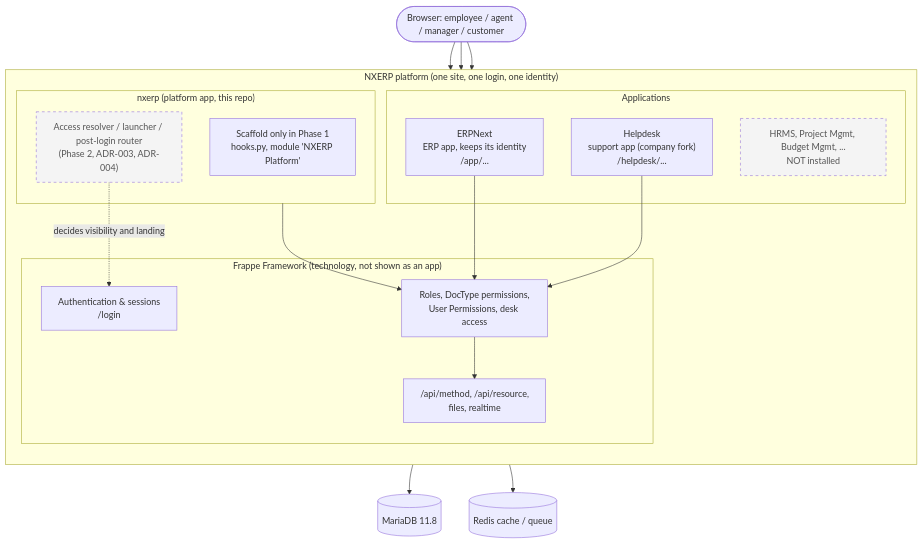
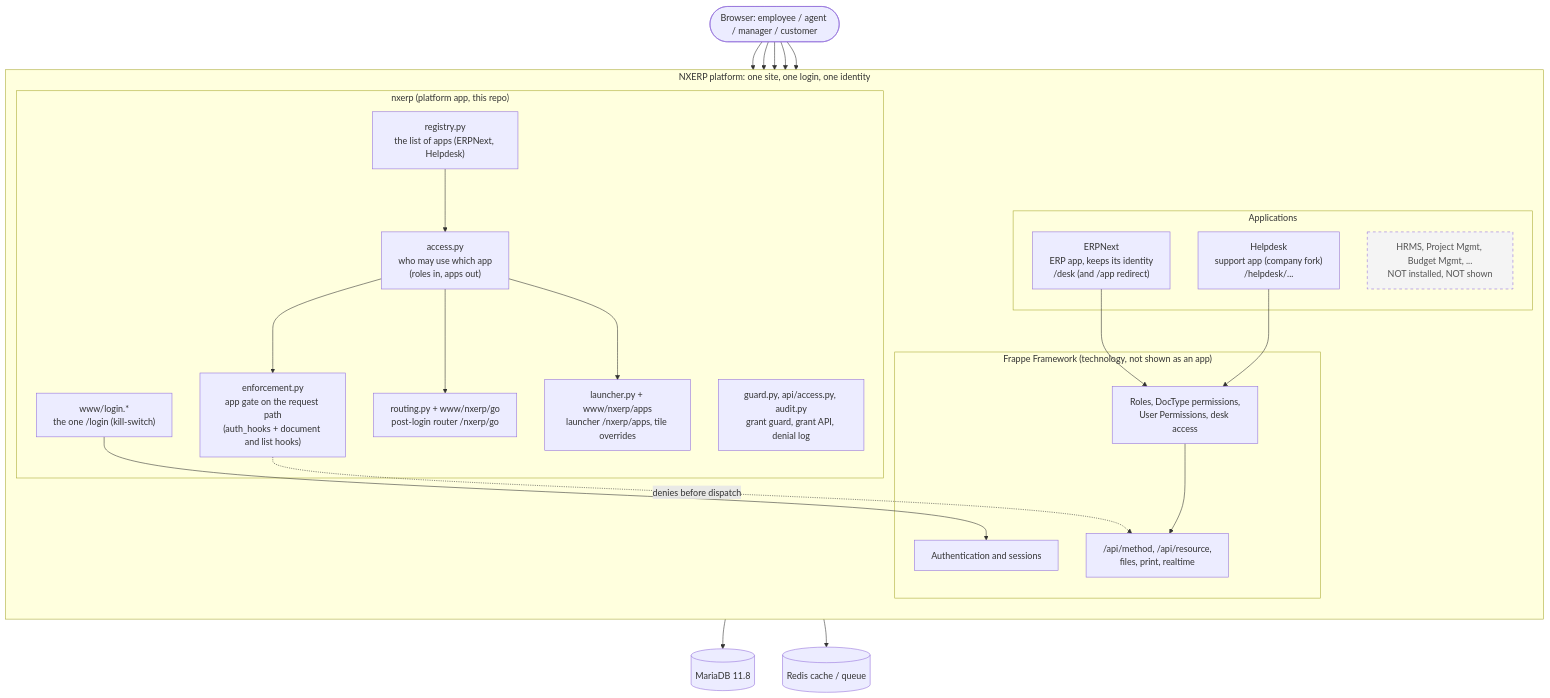
Before and after one commit to Sria-Infotech-Pvt-Ltd/NxERP: the first of 2 diagrams in docs/architecture/overview.md, drawn with Mermaid. The commit also changed other lines of this file and 13 other files, not shown here.

Commit message:
docs,test: docs index, ADR log, day-1 onboarding, guides, overview refresh; import-boundary checker with negative tests; add-an-app checklist test

````diff
--- a/docs/architecture/overview.md
+++ b/docs/architecture/overview.md
@@ -5,38 +10,48 @@
 ```mermaid
 flowchart TB
   user([Browser: employee / agent / manager / customer])
 
-  subgraph NXERP["NXERP platform (one site, one login, one identity)"]
+  subgraph NXERP["NXERP platform: one site, one login, one identity"]
     direction TB
     subgraph PLAT["nxerp  (platform app, this repo)"]
-      scaffold["Scaffold only in Phase 1<br/>hooks.py, module 'NXERP Platform'"]
-      resolver["Access resolver / launcher / post-login router<br/>(Phase 2, ADR-003, ADR-004)"]:::future
+      registry["registry.py<br/>the list of apps (ERPNext, Helpdesk)"]
+      resolver["access.py<br/>who may use which app<br/>(roles in, apps out)"]
+      gate["enforcement.py<br/>app gate on the request path<br/>(auth_hooks + document and list hooks)"]
+      router["routing.py + www/nxerp/go<br/>post-login router /nxerp/go"]
+      launcher["launcher.py + www/nxerp/apps<br/>launcher /nxerp/apps, tile overrides"]
+      login["www/login.*<br/>the one /login (kill-switch)"]
+      guard["guard.py, api/access.py, audit.py<br/>grant guard, grant API, denial log"]
     end
     subgraph APPS["Applications"]
-      erp["ERPNext<br/>ERP app, keeps its identity<br/>/app/..."]
+      erp["ERPNext<br/>ERP app, keeps its identity<br/>/desk (and /app redirect)"]
       hd["Helpdesk<br/>support app (company fork)<br/>/helpdesk/..."]
-      later["HRMS, Project Mgmt, Budget Mgmt, ...<br/>NOT installed"]:::future
+      later["HRMS, Project Mgmt, Budget Mgmt, ...<br/>NOT installed, NOT shown"]:::future
     end
     subgraph FW["Frappe Framework (technology, not shown as an app)"]
-      auth["Authentication & sessions<br/>/login"]
+      auth["Authentication and sessions"]
       perm["Roles, DocType permissions,<br/>User Permissions, desk access"]
-      api["/api/method, /api/resource,<br/>files, realtime"]
+      api["/api/method, /api/resource,<br/>files, print, realtime"]
     end
   end
 
   db[("MariaDB 11.8")]
   redis[("Redis cache / queue")]
 
-  user --> auth
+  user --> login --> auth
+  user --> router
+  user --> launcher
   user --> erp
   user --> hd
-  resolver -. decides visibility and landing .-> auth
+  gate -. "denies before dispatch" .-> api
+  resolver --> gate
+  resolver --> router
+  resolver --> launcher
+  registry --> resolver
   erp --> perm
   hd --> perm
-  PLAT --> perm
   perm --> api
   FW --> db
   FW --> redis
 
   classDef future stroke-dasharray: 5 5,fill:#f4f4f4,color:#555;
 ```
````
